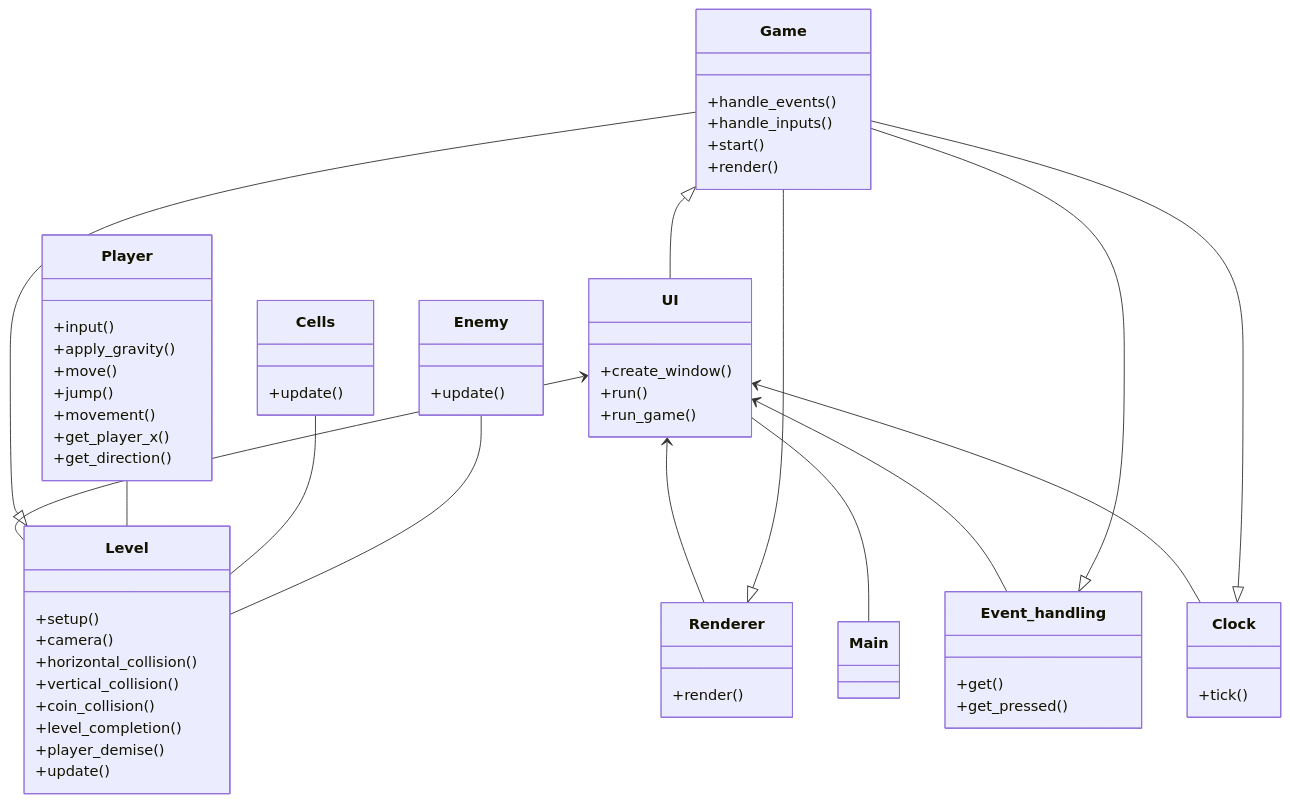
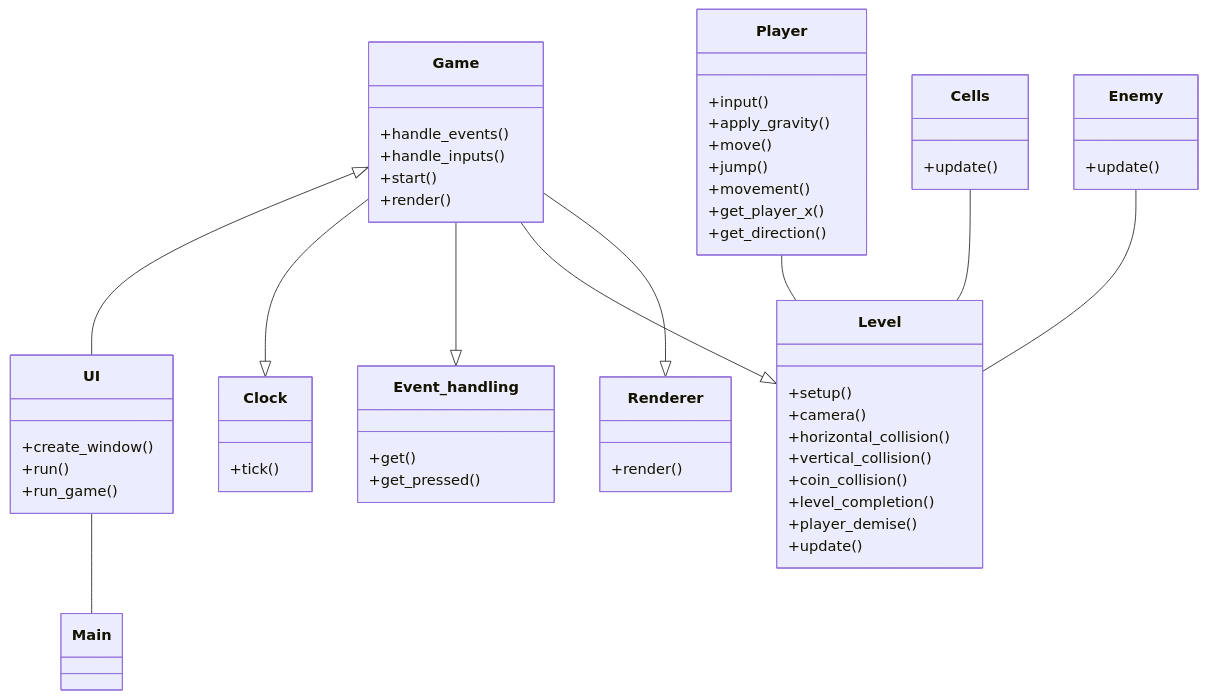
The diagram in documentation/arkkitehtuurikuvaus.md (JuhoSiitonen/ot-harjoitustyo), drawn with Mermaid before and after one commit. The commit also changed other lines of this file, not shown here.

Commit message:
New entries in documentation

````diff
--- a/documentation/arkkitehtuurikuvaus.md
+++ b/documentation/arkkitehtuurikuvaus.md
@@ -5,65 +5,61 @@
 ```mermaid
 
 classDiagram
     Game <|-- UI
-    UI <-- Clock
-    UI <-- Event_handling
-    UI <-- Level
-    UI <-- Renderer
     Game --|> Clock
     Game --|> Event_handling
     Game --|> Level
     Game --|> Renderer
     Player -- Level
     Cells -- Level
     Enemy -- Level
     UI -- Main
 
     class Player{
         +input()
         +apply_gravity()
         +move()
         +jump()
         +movement()
         +get_player_x()
         +get_direction()
     }
     class Level{
         +setup()
         +camera()
         +horizontal_collision()
         +vertical_collision()
         +coin_collision()
         +level_completion()
         +player_demise()
         +update()
     }
     class Renderer{
         +render()
     }
     class Event_handling{
         +get()
         +get_pressed()
     }
     class Clock{
         +tick()
     }
     class Cells{
         +update()
     }
     class Game{
         +handle_events()
         +handle_inputs()
         +start()
         +render()
     }
     class UI{
         +create_window()
         +run()
         +run_game()
     }
     class Enemy{
         +update()
     }
 
 ```
````
